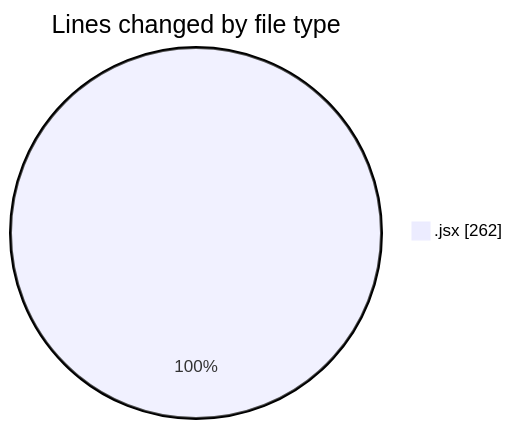
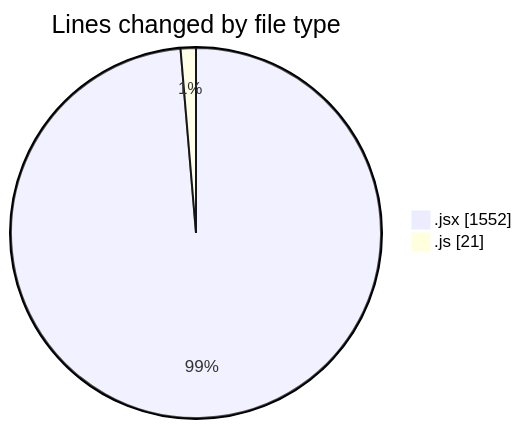
The first of 2 diagrams in 2025-08-03/nxtqube_webapp/README.md (nxtqubesakshisongat/code-tracking), drawn with Mermaid before and after one commit. The commit also changed other lines of this file and 1 other file, not shown here.

````diff
--- a/2025-08-03/nxtqube_webapp/README.md
+++ b/2025-08-03/nxtqube_webapp/README.md
@@ -20,5 +23,6 @@
 ```mermaid
 pie showData
 title Lines changed by file type
-".jsx" : 262
+".jsx" : 1552
+".js" : 21
 ```
````
